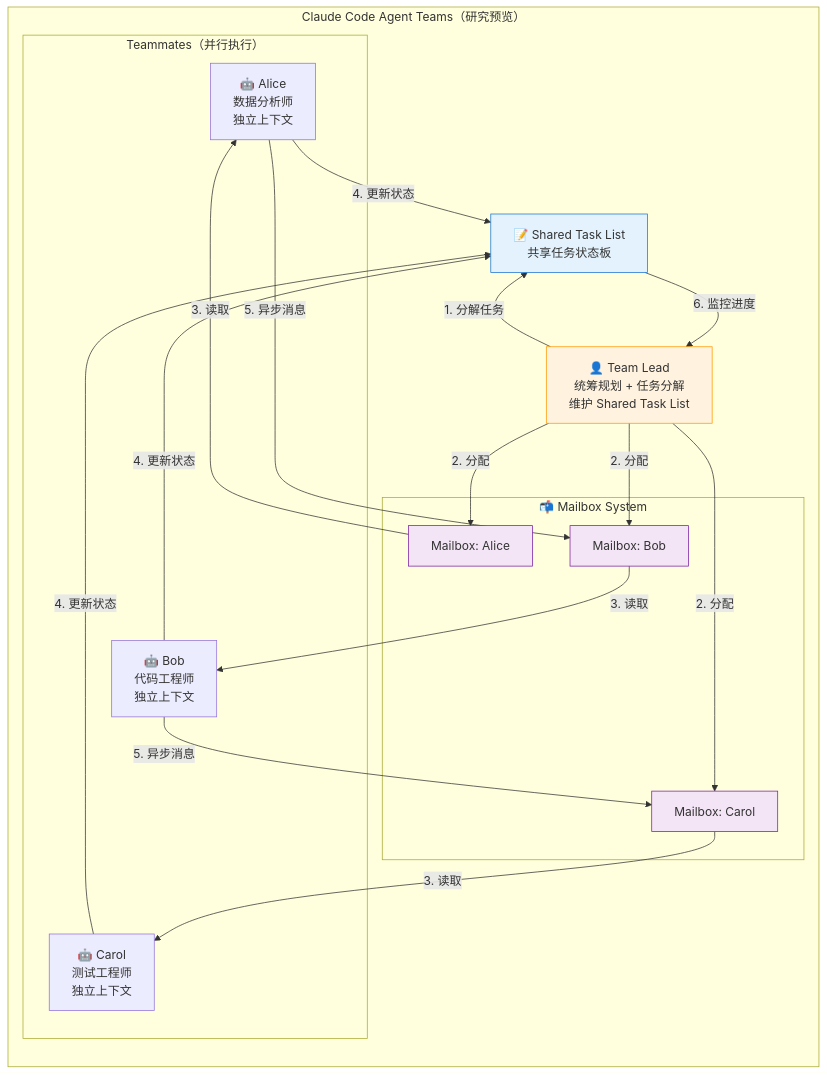
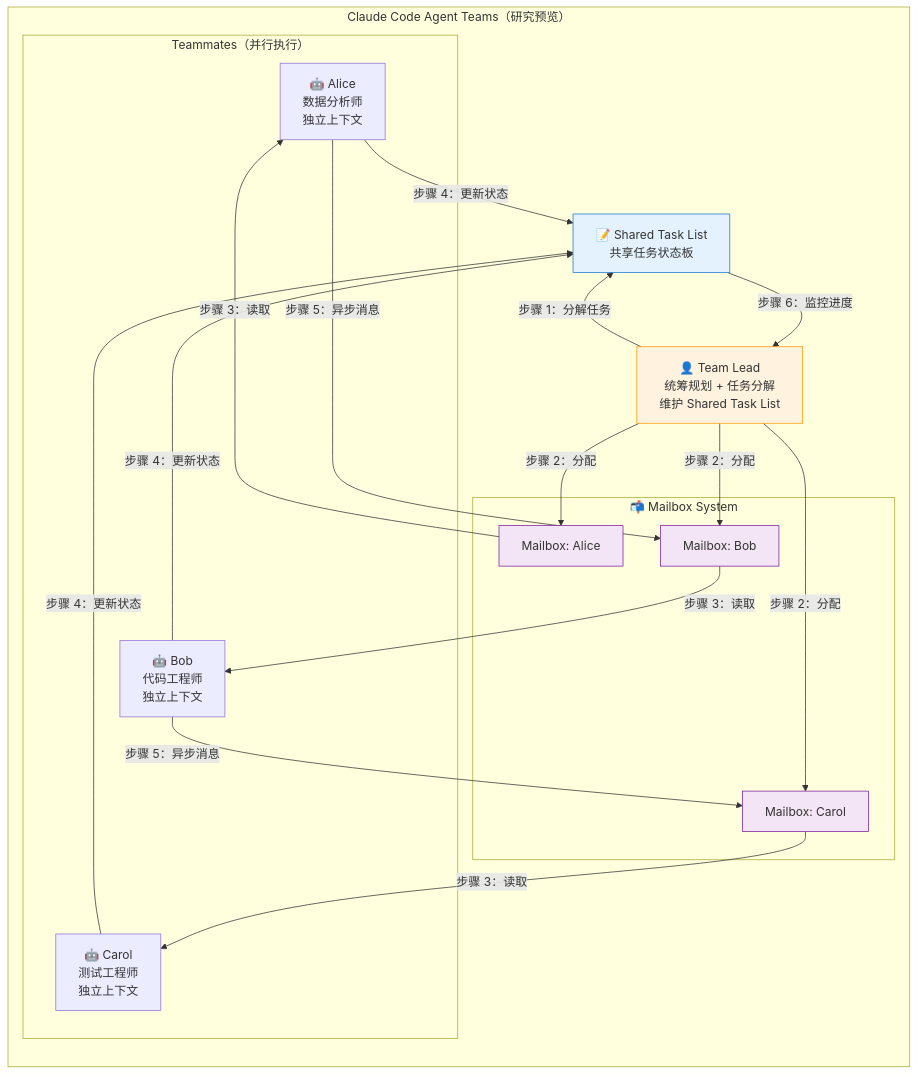
Diagram 13 of 20 in 15_Agent智能体开发.md (BeefWrap4/LLM-Knowledge-Base), drawn with Mermaid before and after one commit. The commit also changed other lines of this file and 12 other files, not shown here.

Commit message:
Fix Mermaid markdown label rendering

````diff
--- a/15_Agent智能体开发.md
+++ b/15_Agent智能体开发.md
@@ -1741,51 +1741,51 @@
 ```mermaid
 graph TB
     subgraph "Claude Code Agent Teams（研究预览）"
         direction TB
 
         TL["👤 Team Lead
 统筹规划 + 任务分解
 维护 Shared Task List"]
 
         subgraph "📬 Mailbox System"
             M1["Mailbox: Alice"]
             M2["Mailbox: Bob"]
             M3["Mailbox: Carol"]
         end
 
         subgraph "Teammates（并行执行）"
             T1["🤖 Alice
 数据分析师
 独立上下文"]
             T2["🤖 Bob
 代码工程师
 独立上下文"]
             T3["🤖 Carol
 测试工程师
 独立上下文"]
         end
 
         STL["📝 Shared Task List
 共享任务状态板"]
 
-        TL -->|"1. 分解任务"| STL
-        TL -->|"2. 分配"| M1
-        TL -->|"2. 分配"| M2
-        TL -->|"2. 分配"| M3
-        M1 -->|"3. 读取"| T1
-        M2 -->|"3. 读取"| T2
-        M3 -->|"3. 读取"| T3
-        T1 -->|"4. 更新状态"| STL
-        T2 -->|"4. 更新状态"| STL
-        T3 -->|"4. 更新状态"| STL
-        T1 -->|"5. 异步消息"| M2
-        T2 -->|"5. 异步消息"| M3
-        STL -->|"6. 监控进度"| TL
+        TL -->|"步骤 1：分解任务"| STL
+        TL -->|"步骤 2：分配"| M1
+        TL -->|"步骤 2：分配"| M2
+        TL -->|"步骤 2：分配"| M3
+        M1 -->|"步骤 3：读取"| T1
+        M2 -->|"步骤 3：读取"| T2
+        M3 -->|"步骤 3：读取"| T3
+        T1 -->|"步骤 4：更新状态"| STL
+        T2 -->|"步骤 4：更新状态"| STL
+        T3 -->|"步骤 4：更新状态"| STL
+        T1 -->|"步骤 5：异步消息"| M2
+        T2 -->|"步骤 5：异步消息"| M3
+        STL -->|"步骤 6：监控进度"| TL
     end
 
     style TL fill:#fff3e0,stroke:#ff9800
     style STL fill:#e3f2fd,stroke:#1976d2
     style M1 fill:#f3e5f5,stroke:#7b1fa2
     style M2 fill:#f3e5f5,stroke:#7b1fa2
     style M3 fill:#f3e5f5,stroke:#7b1fa2
 ```
````
